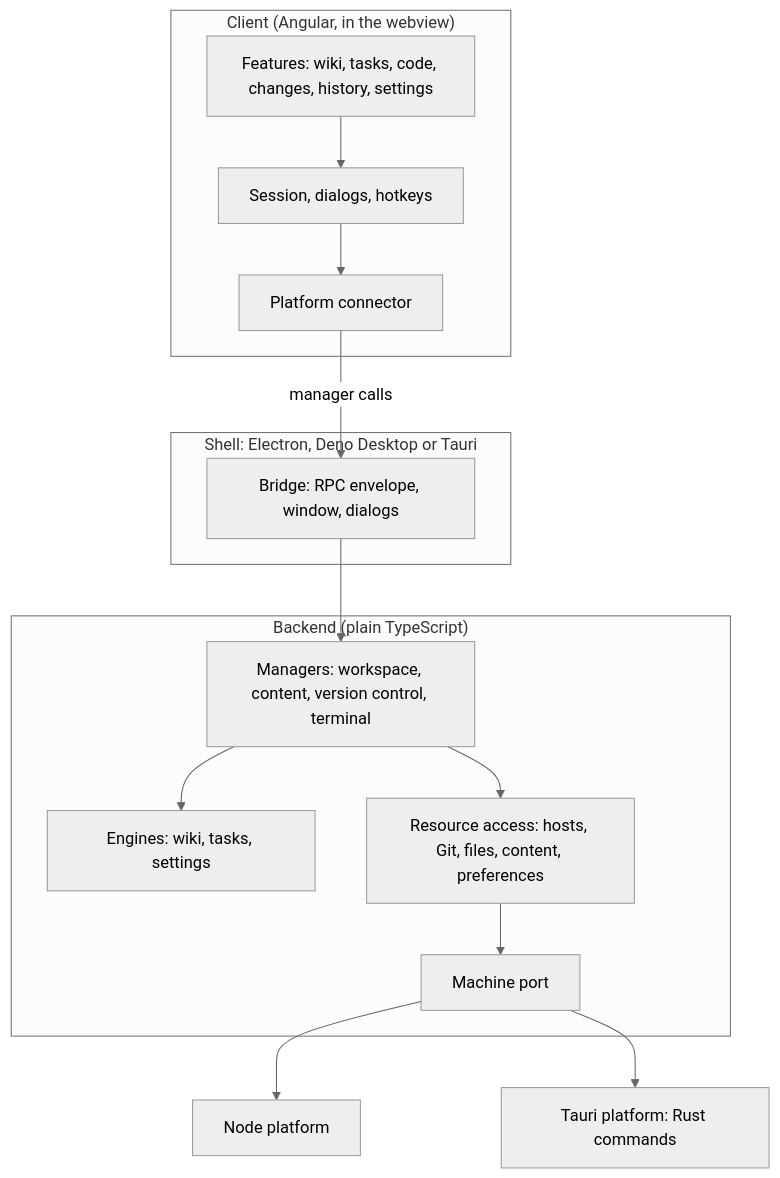
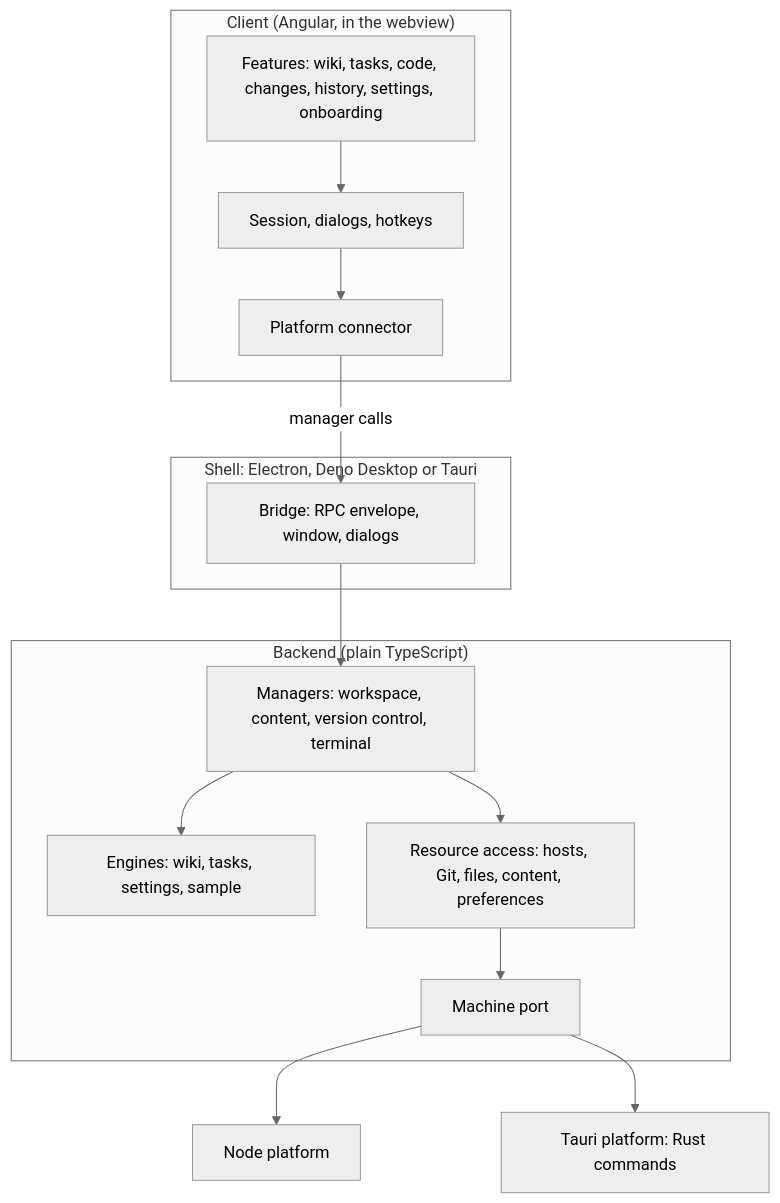
Before and after one commit to genbeya/genbeya: the diagram in docs/Architecture.md, drawn with Mermaid (neutral theme). The commit also changed other lines of this file and 5 other files, not shown here.

````diff
--- a/docs/Architecture.md
+++ b/docs/Architecture.md
@@ -5,18 +5,18 @@
 ```mermaid
 flowchart TB
   subgraph Client["Client (Angular, in the webview)"]
-    views[Features: wiki, tasks, code, changes, history, settings] --> core[Session, dialogs, hotkeys]
+    views[Features: wiki, tasks, code, changes, history, settings, onboarding] --> core[Session, dialogs, hotkeys]
     core --> connector[Platform connector]
   end
   subgraph Shell["Shell: Electron, Deno Desktop or Tauri"]
     bridge[Bridge: RPC envelope, window, dialogs]
   end
   subgraph Backend["Backend (plain TypeScript)"]
-    managers[Managers: workspace, content, version control, terminal] --> engines[Engines: wiki, tasks, settings]
+    managers[Managers: workspace, content, version control, terminal] --> engines[Engines: wiki, tasks, settings, sample]
     managers --> access[Resource access: hosts, Git, files, content, preferences]
     access --> machine[Machine port]
   end
   connector -- "manager calls" --> bridge --> managers
   machine --> node[Node platform]
   machine --> tauri[Tauri platform: Rust commands]
 ```
````
